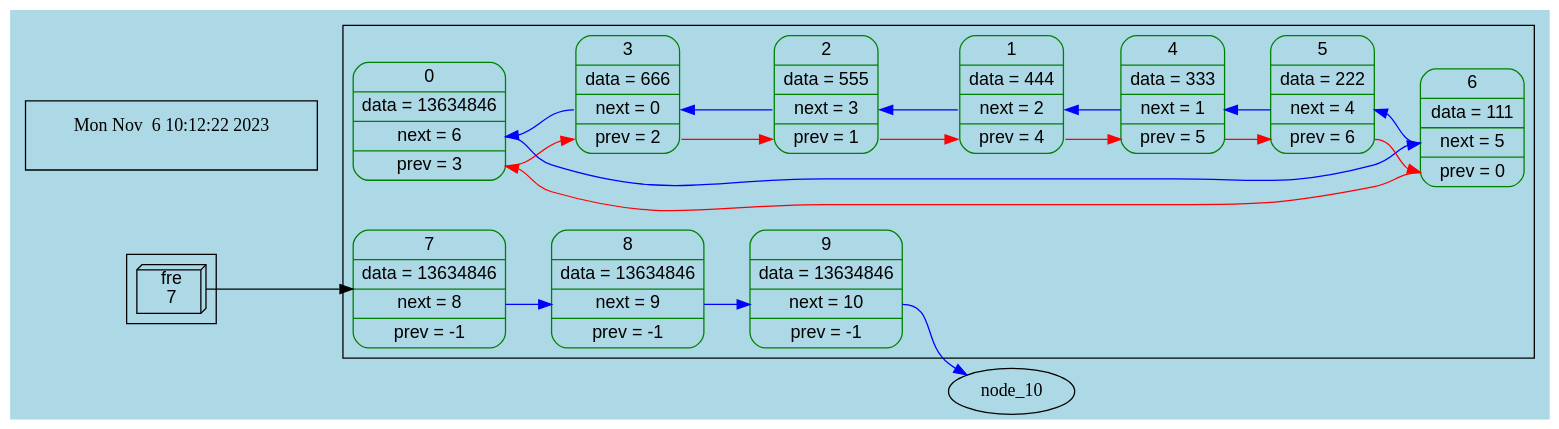
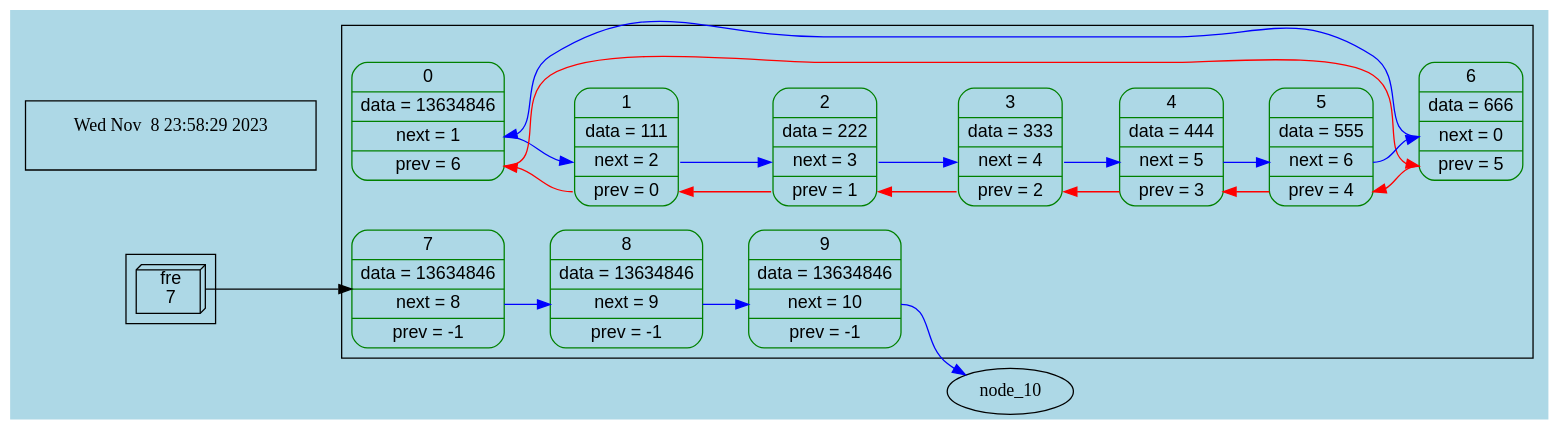
Before and after one commit to UjeNeTORT/HashFriendlyList: the diagram in graph.dot, drawn with Graphviz. The commit also changed 4 other files, not shown here.

```diff
--- a/graph.dot
+++ b/graph.dot
@@ -1,62 +1,62 @@
 digraph list_1681692777 {
 rankdir = LR
 subgraph cluster_nodes_846930886 {
     node_0 [fontname="Helvetica, Arial, sans-serif"style=rounded
 color = green
- shape = record, label = " 0 | data = 13634846 | <fnext> next = 6 | <fprev> prev = 3 "];
+ shape = record, label = " 0 | data = 13634846 | <fnext> next = 1 | <fprev> prev = 6 "];
     node_1 [fontname="Helvetica, Arial, sans-serif"style=rounded
 color = green
- shape = record, label = " 1 | data = 444 | <fnext> next = 2 | <fprev> prev = 4 "];
+ shape = record, label = " 1 | data = 111 | <fnext> next = 2 | <fprev> prev = 0 "];
     node_2 [fontname="Helvetica, Arial, sans-serif"style=rounded
 color = green
- shape = record, label = " 2 | data = 555 | <fnext> next = 3 | <fprev> prev = 1 "];
+ shape = record, label = " 2 | data = 222 | <fnext> next = 3 | <fprev> prev = 1 "];
     node_3 [fontname="Helvetica, Arial, sans-serif"style=rounded
 color = green
- shape = record, label = " 3 | data = 666 | <fnext> next = 0 | <fprev> prev = 2 "];
+ shape = record, label = " 3 | data = 333 | <fnext> next = 4 | <fprev> prev = 2 "];
     node_4 [fontname="Helvetica, Arial, sans-serif"style=rounded
 color = green
- shape = record, label = " 4 | data = 333 | <fnext> next = 1 | <fprev> prev = 5 "];
+ shape = record, label = " 4 | data = 444 | <fnext> next = 5 | <fprev> prev = 3 "];
     node_5 [fontname="Helvetica, Arial, sans-serif"style=rounded
 color = green
- shape = record, label = " 5 | data = 222 | <fnext> next = 4 | <fprev> prev = 6 "];
+ shape = record, label = " 5 | data = 555 | <fnext> next = 6 | <fprev> prev = 4 "];
     node_6 [fontname="Helvetica, Arial, sans-serif"style=rounded
 color = green
- shape = record, label = " 6 | data = 111 | <fnext> next = 5 | <fprev> prev = 0 "];
+ shape = record, label = " 6 | data = 666 | <fnext> next = 0 | <fprev> prev = 5 "];
     node_7 [fontname="Helvetica, Arial, sans-serif"style=rounded
 color = green
  shape = record, label = " 7 | data = 13634846 | <fnext> next = 8 | <fprev> prev = -1 "];
     node_8 [fontname="Helvetica, Arial, sans-serif"style=rounded
 color = green
  shape = record, label = " 8 | data = 13634846 | <fnext> next = 9 | <fprev> prev = -1 "];
     node_9 [fontname="Helvetica, Arial, sans-serif"style=rounded
 color = green
  shape = record, label = " 9 | data = 13634846 | <fnext> next = 10 | <fprev> prev = -1 "];
 }
 val_fre -> node_7;
-node_0: <fnext> -> node_6: <fnext> [color = blue];
+node_0: <fnext> -> node_1: <fnext> [color = blue];
 node_1: <fnext> -> node_2: <fnext> [color = blue];
 node_2: <fnext> -> node_3: <fnext> [color = blue];
-node_3: <fnext> -> node_0: <fnext> [color = blue];
-node_4: <fnext> -> node_1: <fnext> [color = blue];
-node_5: <fnext> -> node_4: <fnext> [color = blue];
-node_6: <fnext> -> node_5: <fnext> [color = blue];
+node_3: <fnext> -> node_4: <fnext> [color = blue];
+node_4: <fnext> -> node_5: <fnext> [color = blue];
+node_5: <fnext> -> node_6: <fnext> [color = blue];
+node_6: <fnext> -> node_0: <fnext> [color = blue];
 node_7: <fnext> -> node_8: <fnext> [color = blue];
 node_8: <fnext> -> node_9: <fnext> [color = blue];
 node_9: <fnext> -> node_10: <fnext> [color = blue];
-node_0: <fprev> -> node_3: <fprev> [color = red];
-node_1: <fprev> -> node_4: <fprev> [color = red];
+node_0: <fprev> -> node_6: <fprev> [color = red];
+node_1: <fprev> -> node_0: <fprev> [color = red];
 node_2: <fprev> -> node_1: <fprev> [color = red];
 node_3: <fprev> -> node_2: <fprev> [color = red];
-node_4: <fprev> -> node_5: <fprev> [color = red];
-node_5: <fprev> -> node_6: <fprev> [color = red];
-node_6: <fprev> -> node_0: <fprev> [color = red];
+node_4: <fprev> -> node_3: <fprev> [color = red];
+node_5: <fprev> -> node_4: <fprev> [color = red];
+node_6: <fprev> -> node_5: <fprev> [color = red];
 subgraph cluster_val {
      val_fre  [ shape = box3d, fontname="Helvetica, Arial, sans-serif", label = " fre
 7 "];
 }
 bgcolor="lightblue"
 subgraph cluster_add_info_1804289383{
-node_add_info [shape = plaintext, label = " Mon Nov  6 10:12:22 2023
+node_add_info [shape = plaintext, label = " Wed Nov  8 23:58:29 2023
  "];
 }
 }
```
